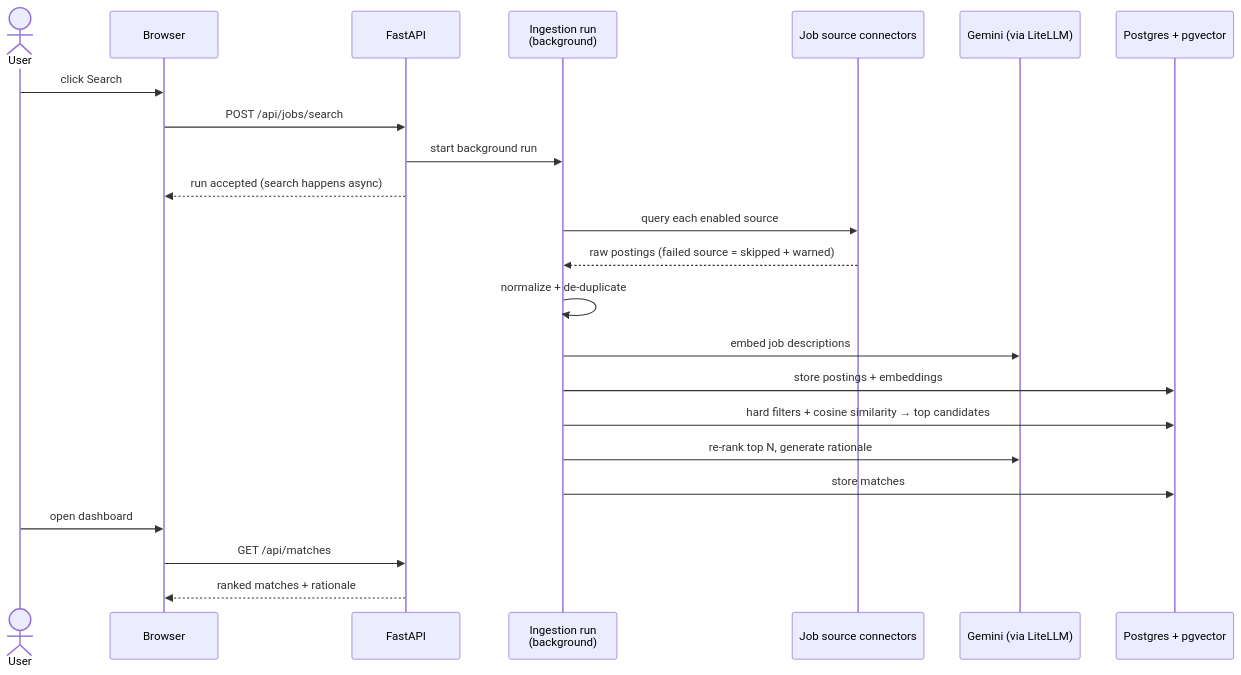
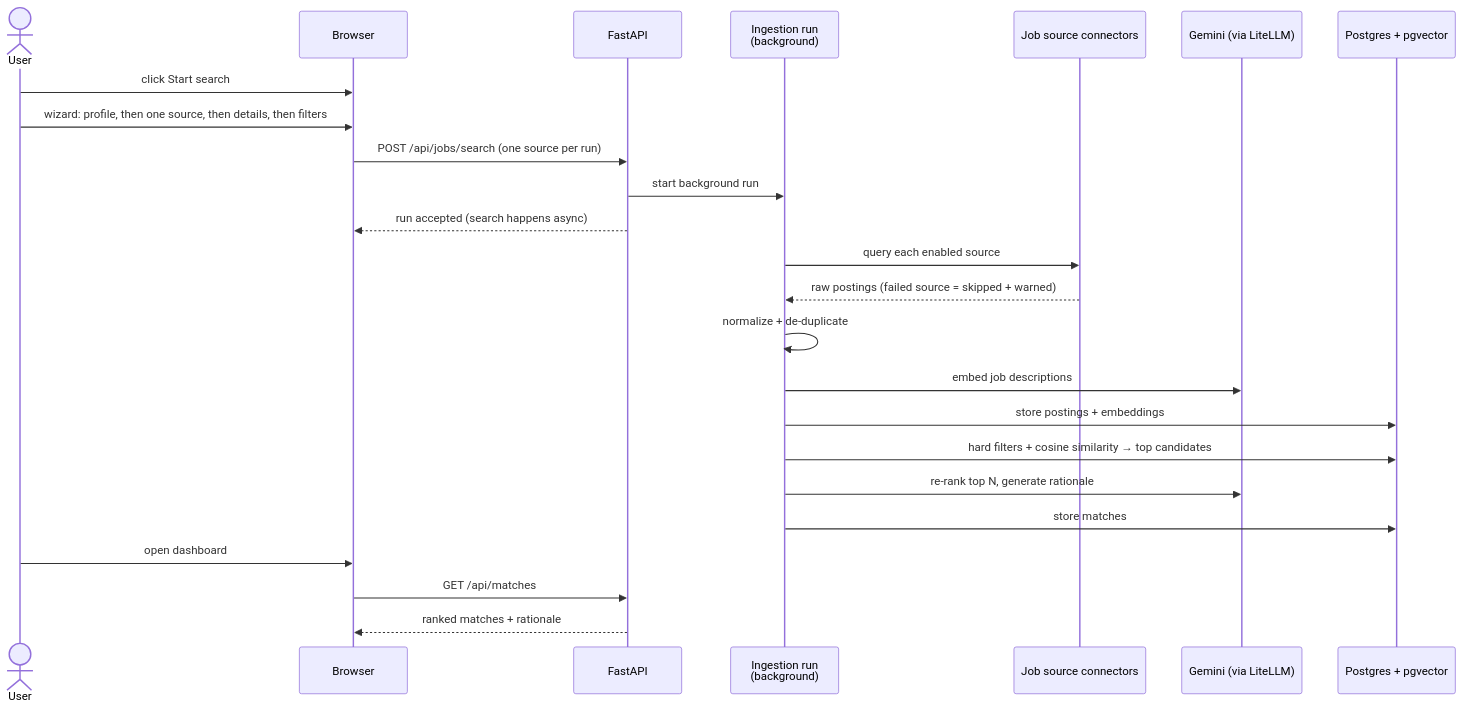
Before and after one commit to MSVhora/ai_job_assistant: the second of 2 diagrams in docs/guide/03-job-discovery-and-matching.md, drawn with Mermaid. The commit also changed other lines of this file and 32 other files, not shown here.

Commit message:
feat(v3/30): search initiation stepper (one source per run) + profile country persistence fix

````diff
--- a/docs/guide/03-job-discovery-and-matching.md
+++ b/docs/guide/03-job-discovery-and-matching.md
@@ -262,26 +274,27 @@
 ```mermaid
 sequenceDiagram
     actor U as User
     participant B as Browser
     participant A as FastAPI
     participant I as Ingestion run<br/>(background)
     participant C as Job source connectors
     participant G as Gemini (via LiteLLM)
     participant D as Postgres + pgvector
 
-    U->>B: click Search
-    B->>A: POST /api/jobs/search
+    U->>B: click Start search
+    U->>B: wizard: profile, then one source, then details, then filters
+    B->>A: POST /api/jobs/search (one source per run)
     A->>I: start background run
     A-->>B: run accepted (search happens async)
     I->>C: query each enabled source
     C-->>I: raw postings (failed source = skipped + warned)
     I->>I: normalize + de-duplicate
     I->>G: embed job descriptions
     I->>D: store postings + embeddings
     I->>D: hard filters + cosine similarity → top candidates
     I->>G: re-rank top N, generate rationale
     I->>D: store matches
     U->>B: open dashboard
     B->>A: GET /api/matches
     A-->>B: ranked matches + rationale
 ```
````
